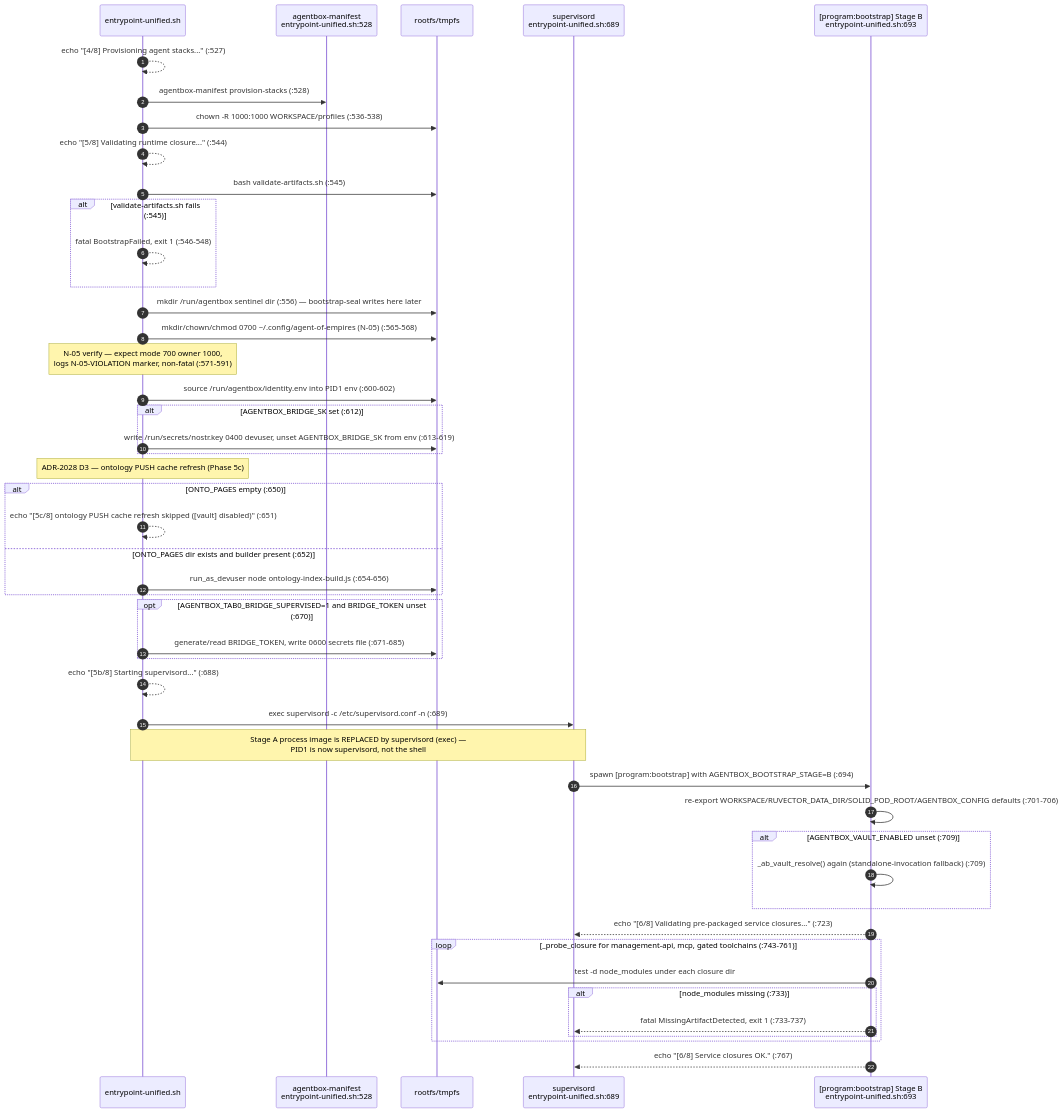
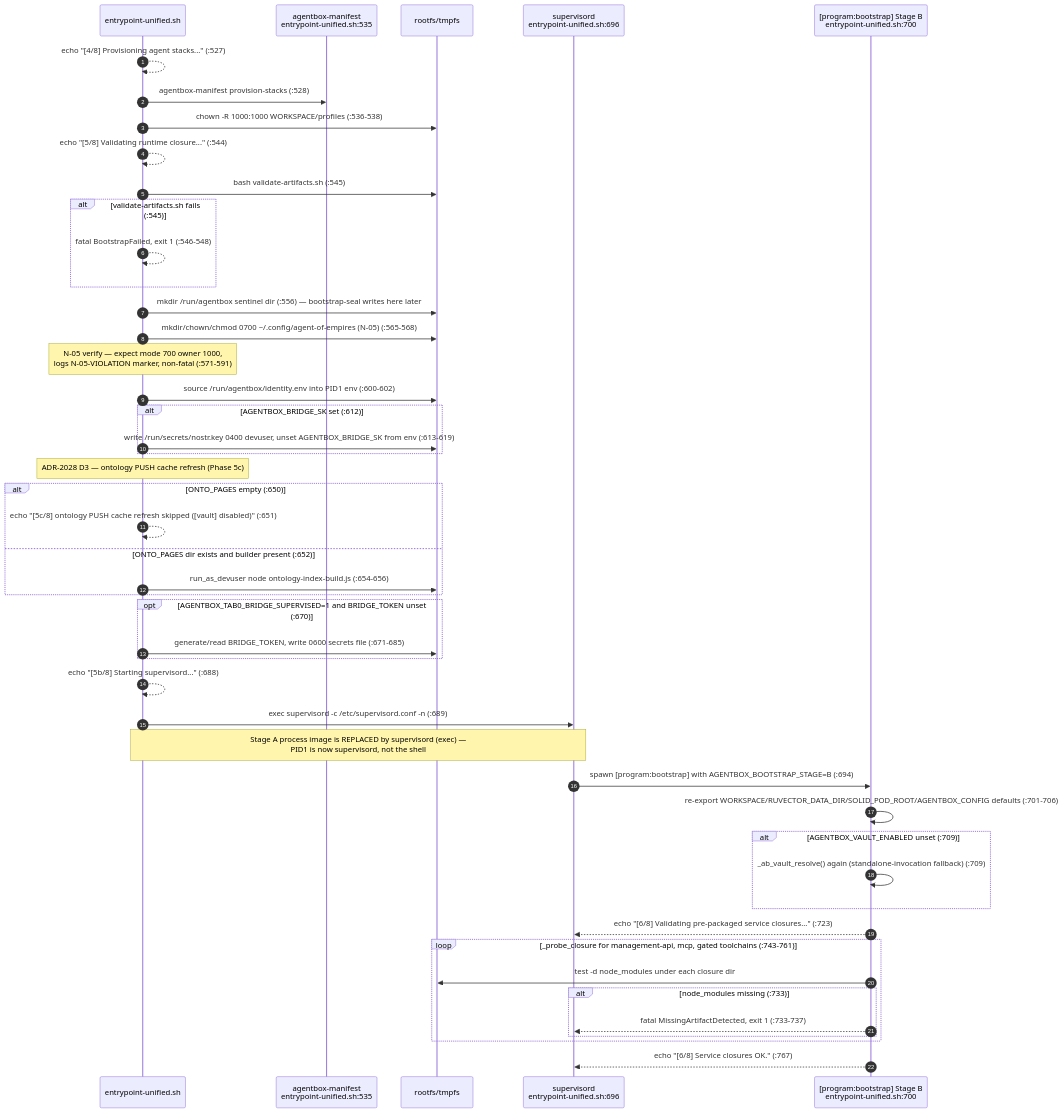
One commit to DreamLab-AI/AR-AI-Knowledge-Graph changed the second of 18 diagrams in docs/diagrams/agentbox/02-boot-sequence-and-readiness.md. Above: the diagram before and after it, drawn with Mermaid. The commit also changed other lines of this file and 73 other files, not shown here.

First line of the commit message:
docs(diagrams): re-verify all 71 topic files against HEAD; add --cite-check

````diff
--- a/docs/diagrams/agentbox/02-boot-sequence-and-readiness.md
+++ b/docs/diagrams/agentbox/02-boot-sequence-and-readiness.md
@@ -84,50 +84,50 @@
 ```mermaid
 sequenceDiagram
     autonumber
     participant E as entrypoint-unified.sh
-    participant AM as agentbox-manifest<br/>entrypoint-unified.sh:528
+    participant AM as agentbox-manifest<br/>entrypoint-unified.sh:535
     participant FS as rootfs/tmpfs
-    participant SV as supervisord<br/>entrypoint-unified.sh:689
-    participant B as [program:bootstrap] Stage B<br/>entrypoint-unified.sh:693
+    participant SV as supervisord<br/>entrypoint-unified.sh:696
+    participant B as [program:bootstrap] Stage B<br/>entrypoint-unified.sh:700
 
     E-->>E: echo "[4/8] Provisioning agent stacks..." (:527)
     E->>AM: agentbox-manifest provision-stacks (:528)
     E->>FS: chown -R 1000:1000 WORKSPACE/profiles (:536-538)
     E-->>E: echo "[5/8] Validating runtime closure..." (:544)
     E->>FS: bash validate-artifacts.sh (:545)
     alt validate-artifacts.sh fails (:545)
         E-->>E: fatal BootstrapFailed, exit 1 (:546-548)
     end
     E->>FS: mkdir /run/agentbox sentinel dir (:556) — bootstrap-seal writes here later
     E->>FS: mkdir/chown/chmod 0700 ~/.config/agent-of-empires (N-05) (:565-568)
     Note over E: N-05 verify — expect mode 700 owner 1000,<br/>logs N-05-VIOLATION marker, non-fatal (:571-591)
     E->>FS: source /run/agentbox/identity.env into PID1 env (:600-602)
     alt AGENTBOX_BRIDGE_SK set (:612)
         E->>FS: write /run/secrets/nostr.key 0400 devuser, unset AGENTBOX_BRIDGE_SK from env (:613-619)
     end
     Note over E: ADR-2028 D3 — ontology PUSH cache refresh (Phase 5c)
     alt ONTO_PAGES empty (:650)
         E-->>E: echo "[5c/8] ontology PUSH cache refresh skipped ([vault] disabled)" (:651)
     else ONTO_PAGES dir exists and builder present (:652)
         E->>FS: run_as_devuser node ontology-index-build.js (:654-656)
     end
     opt AGENTBOX_TAB0_BRIDGE_SUPERVISED=1 and BRIDGE_TOKEN unset (:670)
         E->>FS: generate/read BRIDGE_TOKEN, write 0600 secrets file (:671-685)
     end
     E-->>E: echo "[5b/8] Starting supervisord..." (:688)
     E->>SV: exec supervisord -c /etc/supervisord.conf -n (:689)
     Note over E,SV: Stage A process image is REPLACED by supervisord (exec) —<br/>PID1 is now supervisord, not the shell
     SV->>B: spawn [program:bootstrap] with AGENTBOX_BOOTSTRAP_STAGE=B (:694)
     B->>B: re-export WORKSPACE/RUVECTOR_DATA_DIR/SOLID_POD_ROOT/AGENTBOX_CONFIG defaults (:701-706)
     alt AGENTBOX_VAULT_ENABLED unset (:709)
         B->>B: _ab_vault_resolve() again (standalone-invocation fallback) (:709)
     end
     B-->>SV: echo "[6/8] Validating pre-packaged service closures..." (:723)
     loop _probe_closure for management-api, mcp, gated toolchains (:743-761)
         B->>FS: test -d node_modules under each closure dir
         alt node_modules missing (:733)
             B-->>SV: fatal MissingArtifactDetected, exit 1 (:733-737)
         end
     end
     B-->>SV: echo "[6/8] Service closures OK." (:767)
 ```
````
